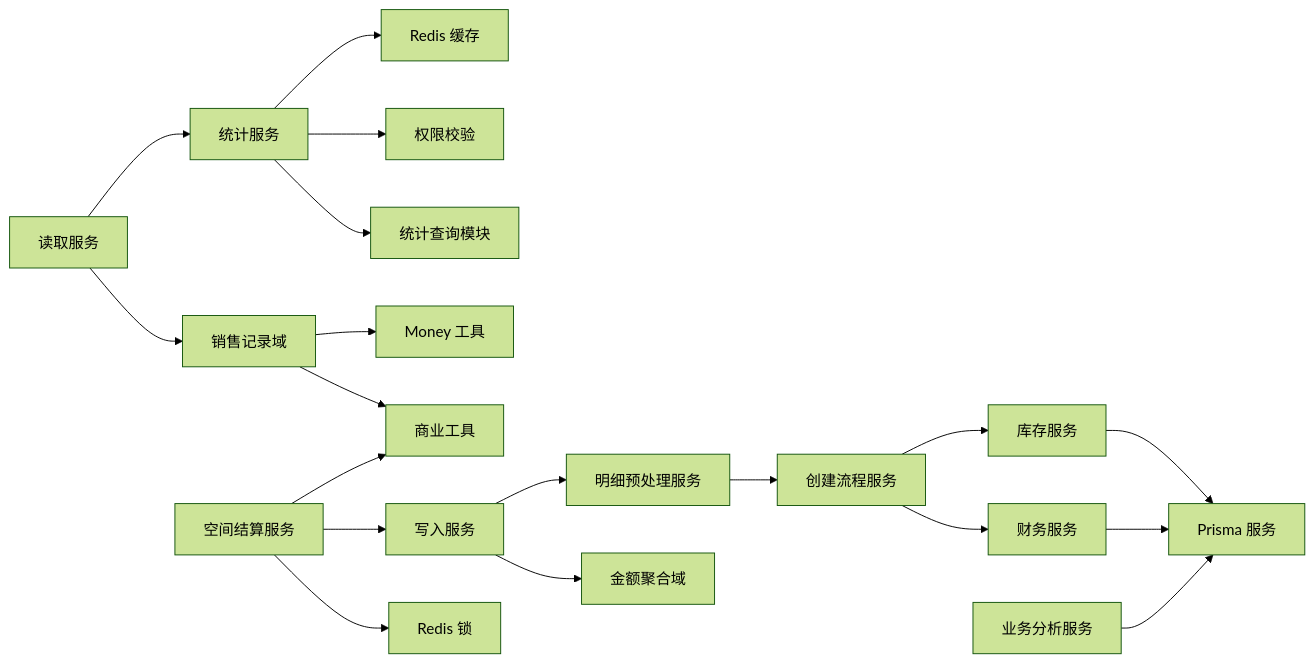
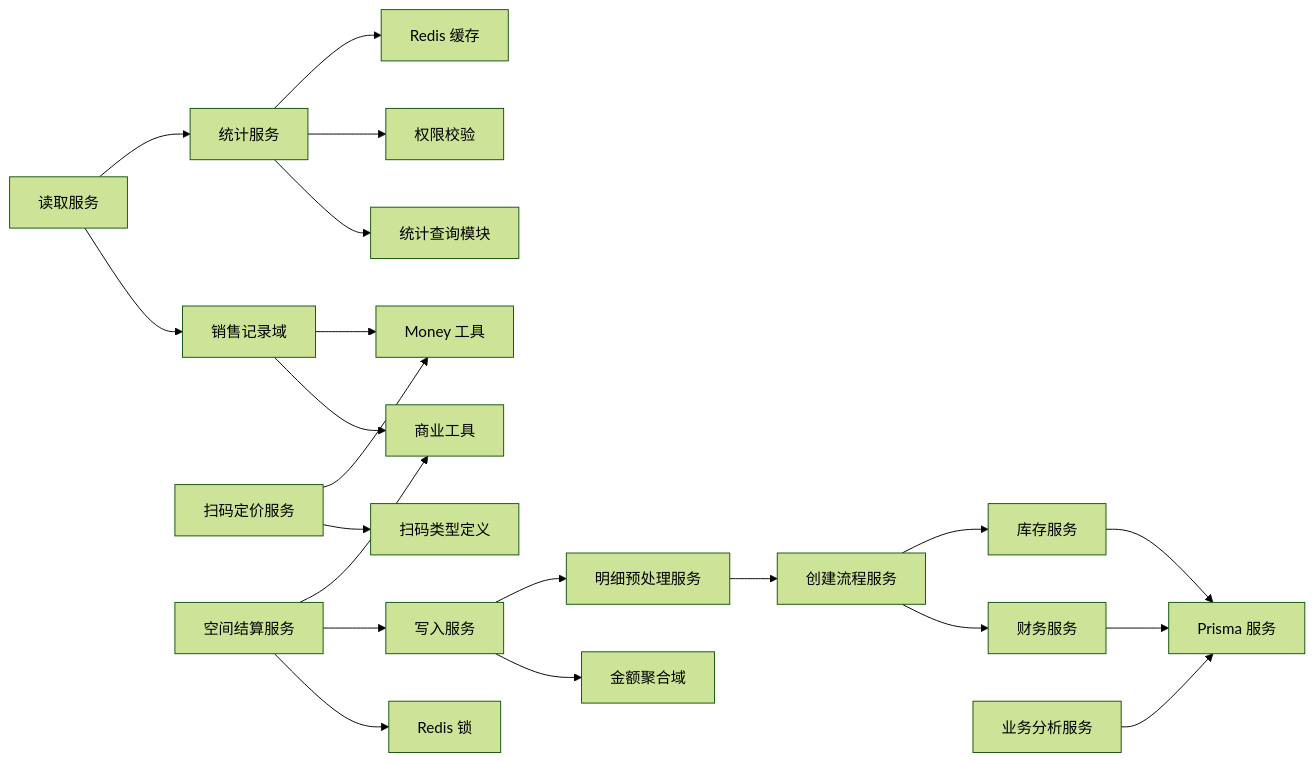
Before and after one commit to rc558620/purelyprofit-server: the sixth of 6 diagrams in .qoder/repowiki/zh/content/业务模块/运营管理模块/销售管理.md, drawn with Mermaid (forest theme). The commit also changed other lines of this file and 58 other files, not shown here.

````diff
--- a/.qoder/repowiki/zh/content/业务模块/运营管理模块/销售管理.md
+++ b/.qoder/repowiki/zh/content/业务模块/运营管理模块/销售管理.md
@@ -1044,21 +1195,23 @@
 ```mermaid
 graph LR
 WRITESVC["写入服务"] --> PREP["明细预处理服务"]
 WRITESVC --> AMOUNTS["金额聚合域"]
 PREP --> CREATEFLOW["创建流程服务"]
 CREATEFLOW --> INV["库存服务"]
 CREATEFLOW --> FIN["财务服务"]
 READSVC["读取服务"] --> STATSSVC["统计服务"]
 READSVC --> DOMAIN["销售记录域"]
 STATSSVC --> REDIS["Redis 缓存"]
 STATSSVC --> ACCESS["权限校验"]
 STATSSVC --> QUERY["统计查询模块"]
 DOMAIN --> MONEY["Money 工具"]
 DOMAIN --> COMMERCE["商业工具"]
+PRICINGSVC["扫码定价服务"] --> MONEY
+PRICINGSVC --> TYPES["扫码类型定义"]
 SPACESVC["空间结算服务"] --> COMMERCE
 SPACESVC --> WRITESVC
 SPACESVC --> LOCK["Redis 锁"]
 BASVC["业务分析服务"] --> PRISMA["Prisma 服务"]
 FIN --> PRISMA
 INV --> PRISMA
 ```
````
